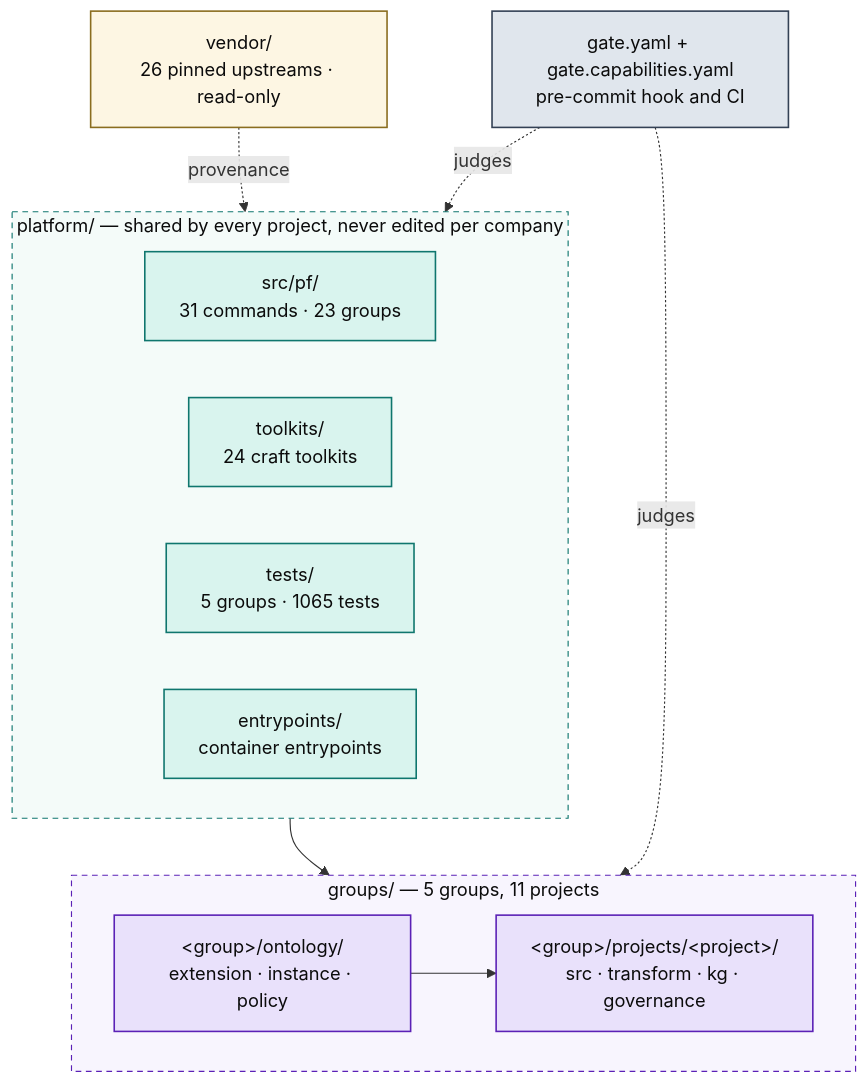
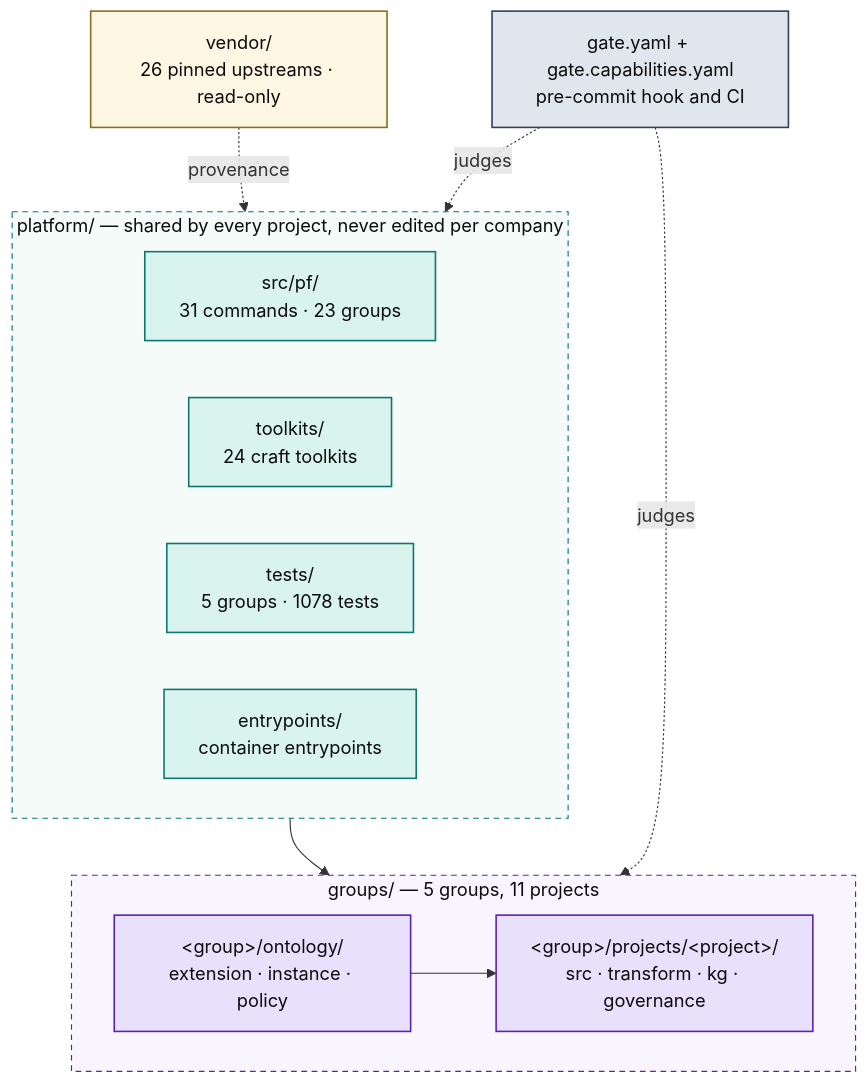
Before and after one commit to Atomz-org/data-platform: the first of 5 diagrams in docs/ARCHITECTURE.md, drawn with Mermaid. The commit also changed other lines of this file and 3 other files, not shown here.

````diff
--- a/docs/ARCHITECTURE.md
+++ b/docs/ARCHITECTURE.md
@@ -15,36 +15,36 @@
 ```mermaid
 flowchart TB
   subgraph SHARED["platform/ — shared by every project, never edited per company"]
     direction LR
     ENG["src/pf/<br/>31 commands · 23 groups"]
     TK["toolkits/<br/>24 craft toolkits"]
-    TST["tests/<br/>5 groups · 1065 tests"]
+    TST["tests/<br/>5 groups · 1078 tests"]
     ENT["entrypoints/<br/>container entrypoints"]
   end
 
   subgraph ENTITIES["groups/ — 5 groups, 11 projects"]
     direction LR
     GRP["&lt;group&gt;/ontology/<br/>extension · instance · policy"]
     PRJ["&lt;group&gt;/projects/&lt;project&gt;/<br/>src · transform · kg · governance"]
     GRP --> PRJ
   end
 
   VEN["vendor/<br/>26 pinned upstreams · read-only"]
   GATE["gate.yaml + gate.capabilities.yaml<br/>pre-commit hook and CI"]
 
   SHARED --> ENTITIES
   VEN -.provenance.-> SHARED
   GATE -.judges.-> ENTITIES
   GATE -.judges.-> SHARED
 
   classDef code fill:#d9f4ee,stroke:#0f766e,stroke-width:1.4px,color:#0b0b0b
   classDef data fill:#e9e1fb,stroke:#5b21b6,stroke-width:1.4px,color:#0b0b0b
   classDef gov fill:#e0e6ed,stroke:#334155,stroke-width:1.4px,color:#0b0b0b
   classDef ext fill:#fdf6e3,stroke:#8a6d1f,stroke-width:1.4px,color:#0b0b0b
   class ENG,TK,TST,ENT code
   class GRP,PRJ data
   class GATE gov
   class VEN ext
   style SHARED fill:#f4fbf9,stroke:#0f766e,stroke-dasharray:5 4,color:#0b0b0b
   style ENTITIES fill:#f8f5fe,stroke:#5b21b6,stroke-dasharray:5 4,color:#0b0b0b
 ```
````
